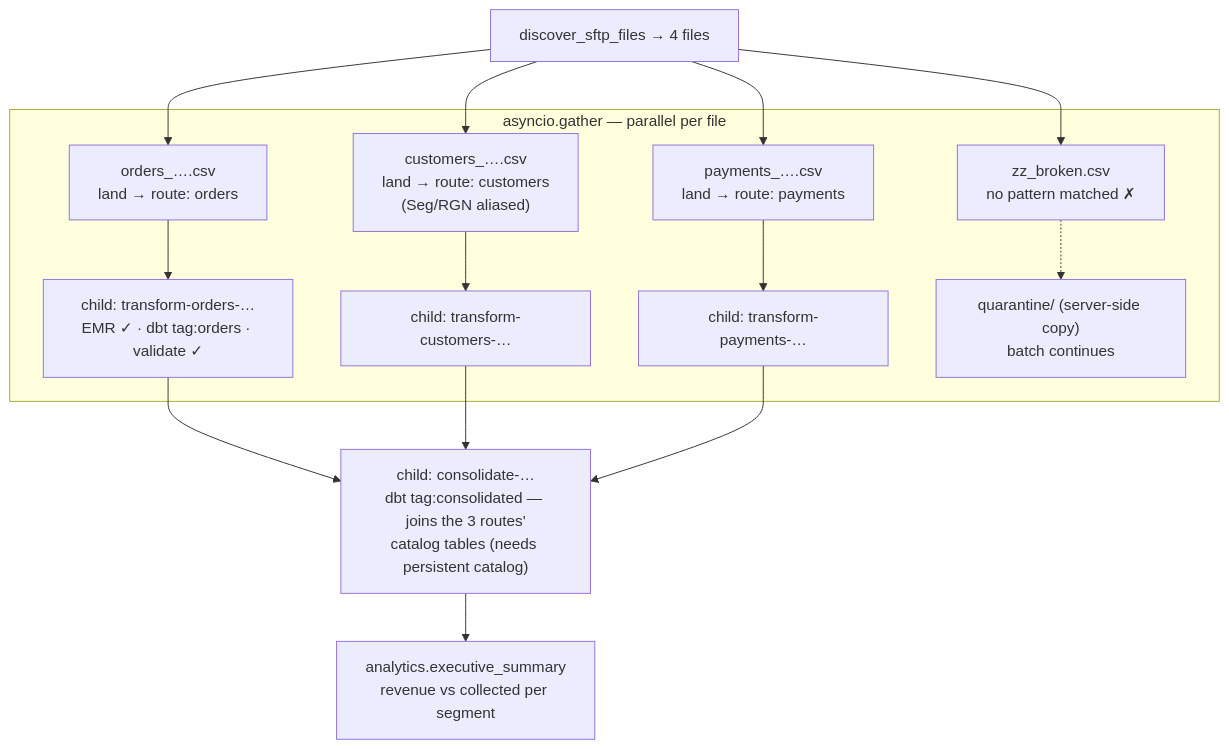
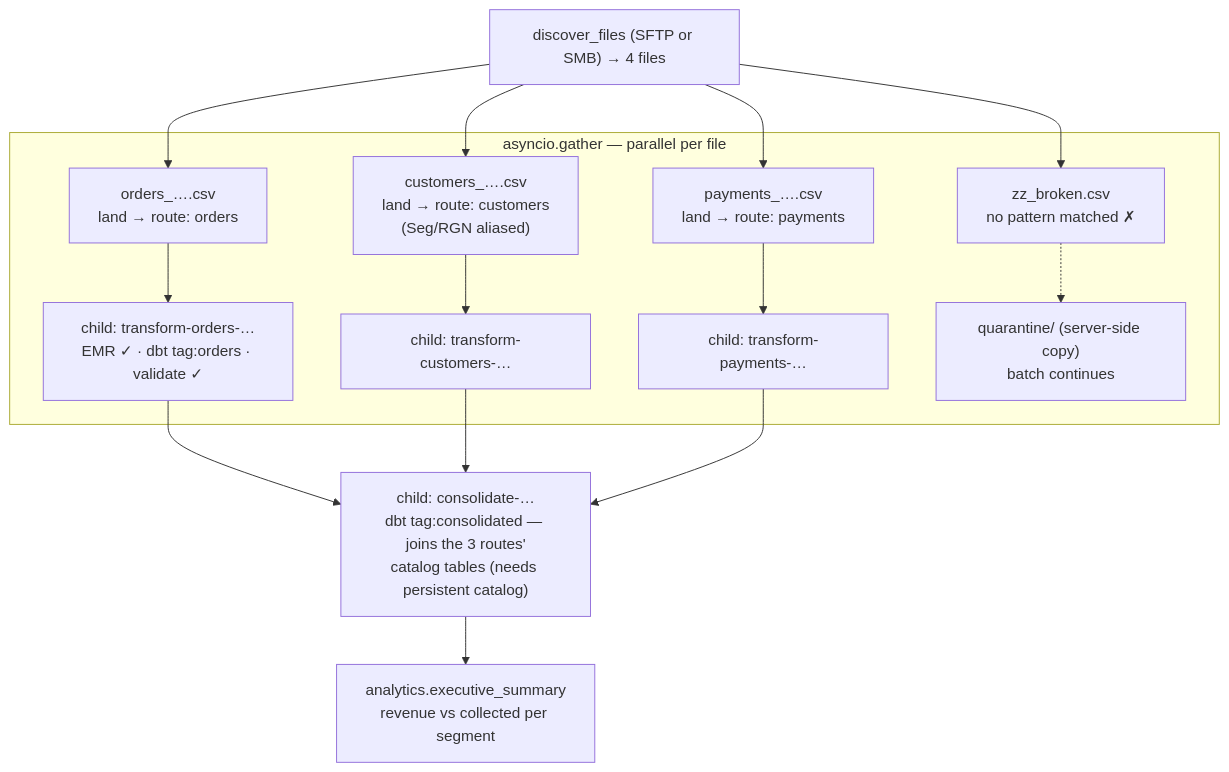
The second of 2 diagrams in docs/etl.md (jl178/temporal-testing), drawn with Mermaid before and after one commit. The commit also changed other lines of this file and 7 other files, not shown here.

````diff
--- a/docs/etl.md
+++ b/docs/etl.md
@@ -162,12 +162,12 @@
 ```mermaid
 flowchart TB
-    D["discover_sftp_files → 4 files"] --> P1 & P2 & P3 & P4
+    D["discover_files (SFTP or SMB) → 4 files"] --> P1 & P2 & P3 & P4
     subgraph par ["asyncio.gather — parallel per file"]
         P1["orders_….csv<br/>land → route: orders"] --> C1["child: transform-orders-…<br/>EMR ✓ · dbt tag:orders · validate ✓"]
         P2["customers_….csv<br/>land → route: customers<br/>(Seg/RGN aliased)"] --> C2["child: transform-customers-…"]
         P3["payments_….csv<br/>land → route: payments"] --> C3["child: transform-payments-…"]
         P4["zz_broken.csv<br/>no pattern matched ✗"] -.-> Q["quarantine/ (server-side copy)<br/>batch continues"]
     end
     C1 & C2 & C3 --> K["child: consolidate-…<br/>dbt tag:consolidated — joins the 3 routes'<br/>catalog tables (needs persistent catalog)"]
     K --> X["analytics.executive_summary<br/>revenue vs collected per segment"]
 ```
````
